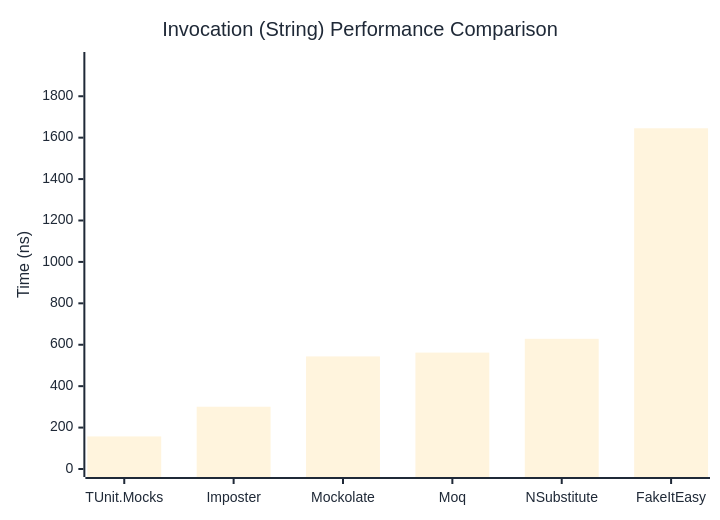
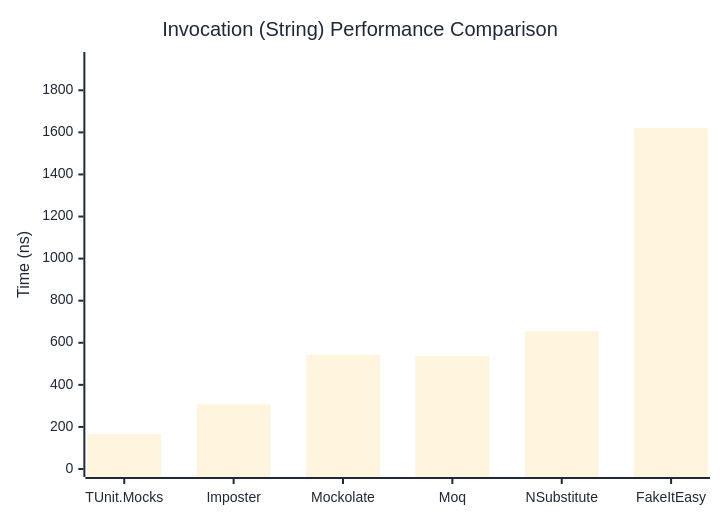
The second of 3 diagrams in docs/docs/benchmarks/mocks/Invocation.md (thomhurst/TUnit), drawn with Mermaid before and after one commit. The commit also changed other lines of this file and 14 other files, not shown here.

````diff
--- a/docs/docs/benchmarks/mocks/Invocation.md
+++ b/docs/docs/benchmarks/mocks/Invocation.md
@@ -69,27 +69,27 @@
 ```mermaid
 %%{init: {
   'theme':'base',
   'themeVariables': {
     'primaryColor': '#2563eb',
     'primaryTextColor': '#1f2937',
     'primaryBorderColor': '#1e40af',
     'lineColor': '#6b7280',
     'secondaryColor': '#7c3aed',
     'tertiaryColor': '#dc2626',
     'background': '#ffffff',
     'pie1': '#2563eb',
     'pie2': '#7c3aed',
     'pie3': '#dc2626',
     'pie4': '#f59e0b',
     'pie5': '#10b981',
     'pie6': '#06b6d4',
     'pie7': '#ec4899',
     'pie8': '#6366f1'
   }
 }}%%
 xychart-beta
   title "Invocation (String) Performance Comparison"
   x-axis ["TUnit.Mocks", "Imposter", "Mockolate", "Moq", "NSubstitute", "FakeItEasy"]
-  y-axis "Time (ns)" 0 --> 1975
-  bar [157.3, 300.7, 543.7, 562.1, 628.7, 1645.3]
+  y-axis "Time (ns)" 0 --> 1944
+  bar [166.1, 306.7, 543, 536.6, 653.8, 1619.8]
 ```
````
